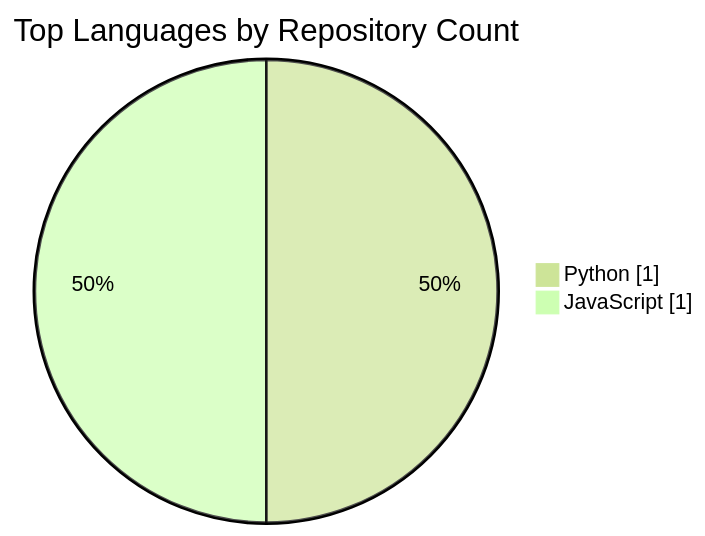
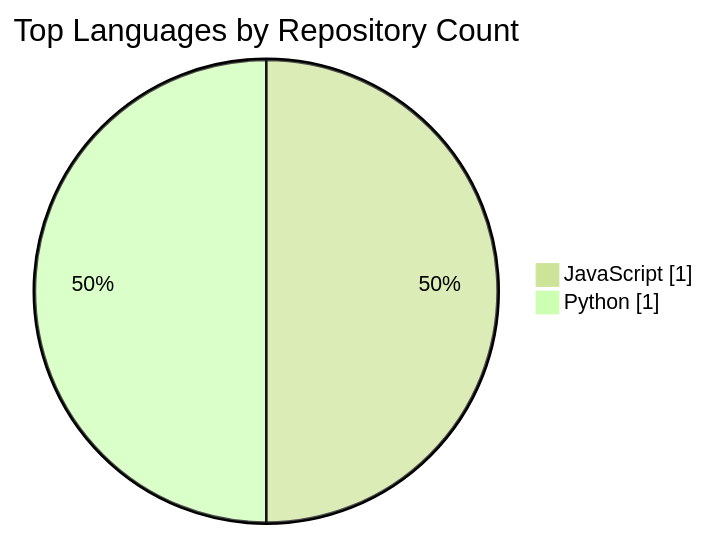
One commit to manhquydev/manhquydev changed the first of 2 diagrams in README.md. Above: the diagram before and after it, drawn with Mermaid (forest theme). The commit also changed other lines of this file and 4 other files, not shown here.

````diff
--- a/README.md
+++ b/README.md
@@ -71,6 +71,6 @@
 ```mermaid
 pie showData
   title Top Languages by Repository Count
+  "JavaScript" : 1
   "Python" : 1
-  "JavaScript" : 1
 ```
````
